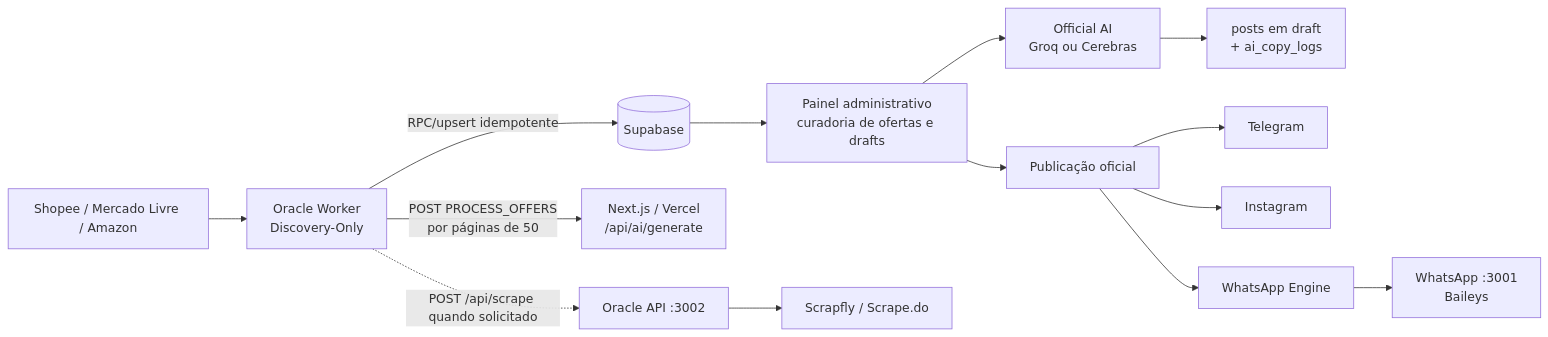
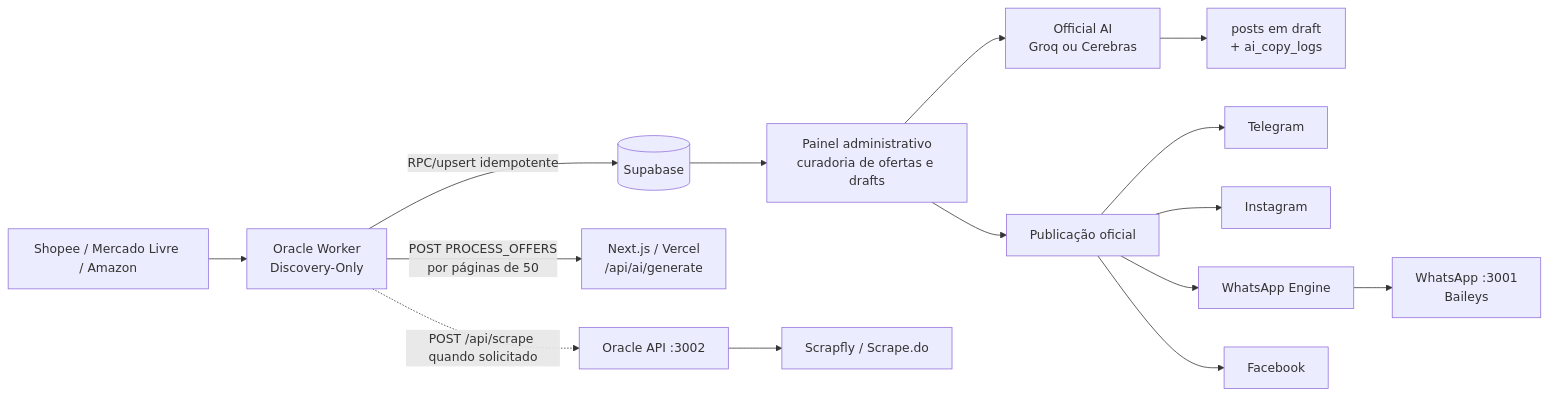
One commit to Andrejr82/Caca_OfertaOficial changed the first of 2 diagrams in docs/architecture-current.md. Above: the diagram before and after it, drawn with Mermaid. The commit also changed other lines of this file, not shown here.

Commit message:
docs: synchronize current architecture

````diff
--- a/docs/architecture-current.md
+++ b/docs/architecture-current.md
@@ -9,16 +9,17 @@
 ```mermaid
 flowchart LR
   M["Shopee / Mercado Livre / Amazon"] --> O["Oracle Worker\nDiscovery-Only"]
   O -->|"RPC/upsert idempotente"| S[("Supabase")]
   O -->|"POST PROCESS_OFFERS\npor páginas de 50"| V["Next.js / Vercel\n/api/ai/generate"]
   S --> P["Painel administrativo\ncuradoria de ofertas e drafts"]
   P --> AI["Official AI\nGroq ou Cerebras"]
   AI --> D["posts em draft\n+ ai_copy_logs"]
   P --> T["Publicação oficial"]
   T --> TG["Telegram"]
   T --> IG["Instagram"]
   T --> WA["WhatsApp Engine"]
+  T --> FB["Facebook"]
   O -. "POST /api/scrape quando solicitado" .-> OA["Oracle API :3002"]
   OA --> SF["Scrapfly / Scrape.do"]
   WA --> WS["WhatsApp :3001\nBaileys"]
 ```
````
